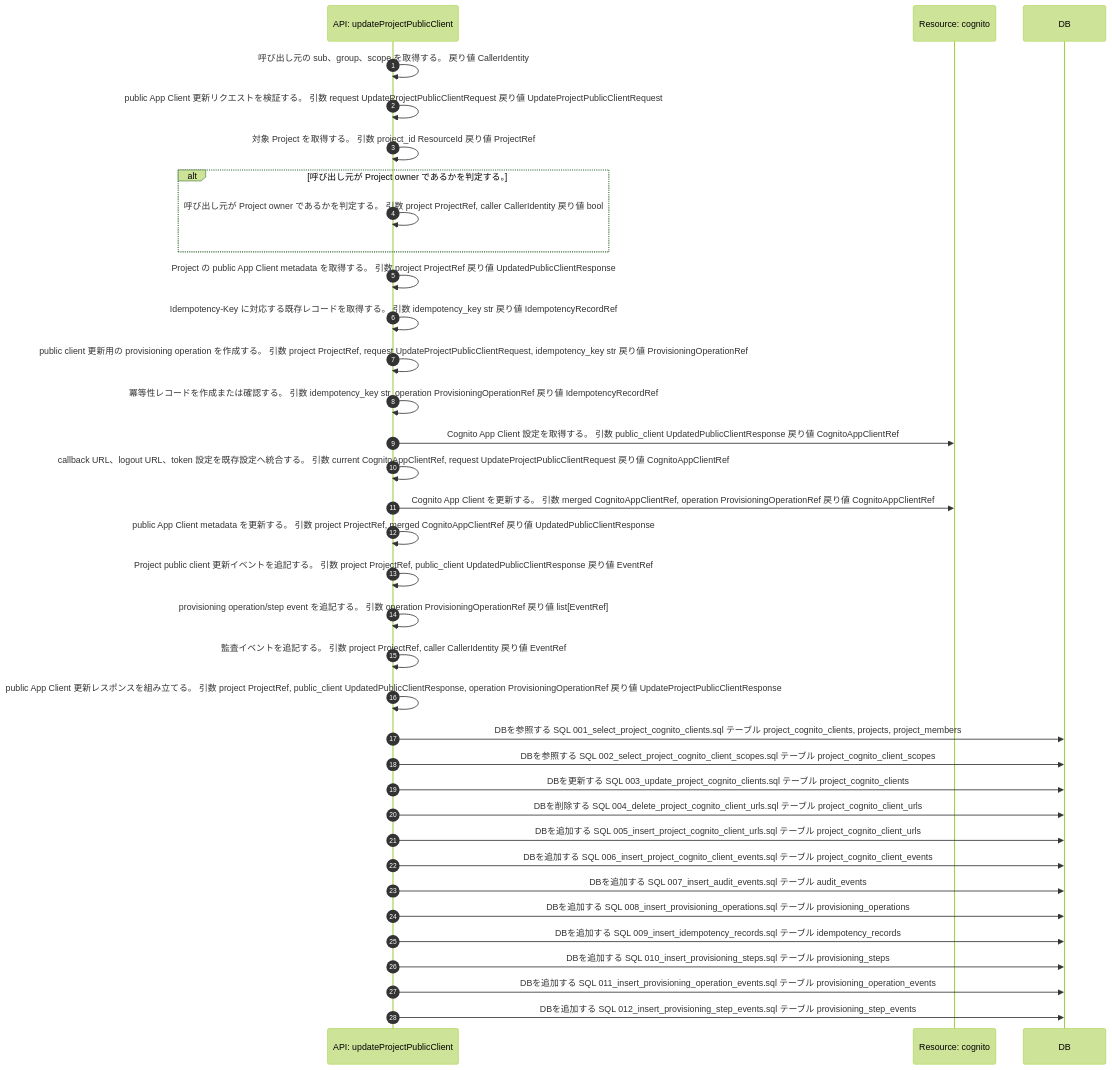
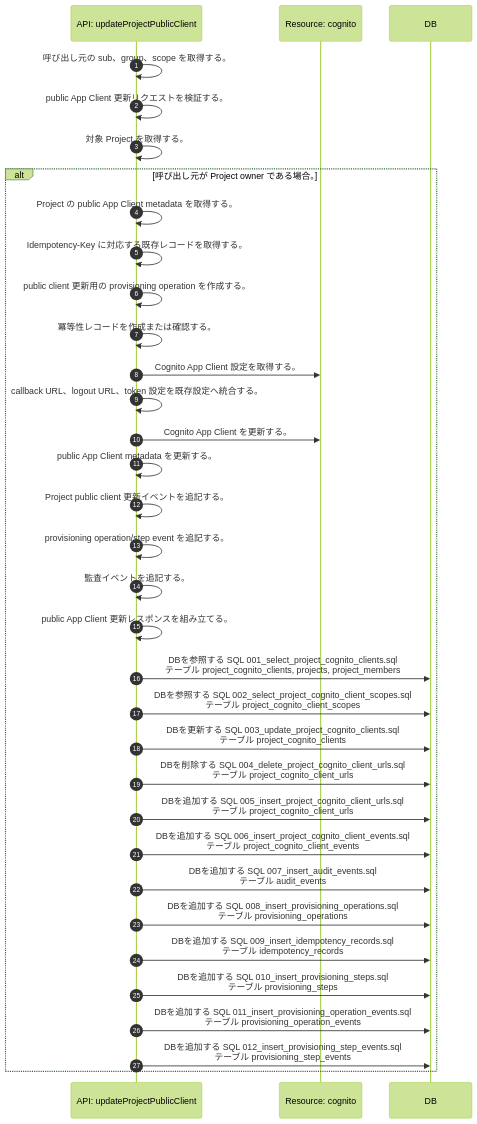
The diagram in docs/spec/40.apis/projects/update_project_public_client/sequence_gen.md (tsuji-tomonori/lazunex), drawn with Mermaid (forest theme) before and after one commit. The commit also changed 16 other files, not shown here.

First line of the commit message:
🐛 fix(api): sequence条件分岐の表示を修正

````diff
--- a/docs/spec/40.apis/projects/update_project_public_client/sequence_gen.md
+++ b/docs/spec/40.apis/projects/update_project_public_client/sequence_gen.md
@@ -5,37 +5,36 @@
 ```mermaid
 sequenceDiagram
   autonumber
   participant API as API: updateProjectPublicClient
   participant R_cognito as Resource: cognito
   participant DB as DB
-  API->>API: 呼び出し元の sub、group、scope を取得する。 戻り値 CallerIdentity
-  API->>API: public App Client 更新リクエストを検証する。 引数 request UpdateProjectPublicClientRequest 戻り値 UpdateProjectPublicClientRequest
-  API->>API: 対象 Project を取得する。 引数 project_id ResourceId 戻り値 ProjectRef
-  alt 呼び出し元が Project owner であるかを判定する。
-    API->>API: 呼び出し元が Project owner であるかを判定する。 引数 project ProjectRef, caller CallerIdentity 戻り値 bool
+  API->>API: 呼び出し元の sub、group、scope を取得する。
+  API->>API: public App Client 更新リクエストを検証する。
+  API->>API: 対象 Project を取得する。
+  alt 呼び出し元が Project owner である場合。
+    API->>API: Project の public App Client metadata を取得する。
+    API->>API: Idempotency-Key に対応する既存レコードを取得する。
+    API->>API: public client 更新用の provisioning operation を作成する。
+    API->>API: 冪等性レコードを作成または確認する。
+    API->>R_cognito: Cognito App Client 設定を取得する。
+    API->>API: callback URL、logout URL、token 設定を既存設定へ統合する。
+    API->>R_cognito: Cognito App Client を更新する。
+    API->>API: public App Client metadata を更新する。
+    API->>API: Project public client 更新イベントを追記する。
+    API->>API: provisioning operation/step event を追記する。
+    API->>API: 監査イベントを追記する。
+    API->>API: public App Client 更新レスポンスを組み立てる。
+    API->>DB: DBを参照する SQL 001_select_project_cognito_clients.sql<br/>テーブル project_cognito_clients, projects, project_members
+    API->>DB: DBを参照する SQL 002_select_project_cognito_client_scopes.sql<br/>テーブル project_cognito_client_scopes
+    API->>DB: DBを更新する SQL 003_update_project_cognito_clients.sql<br/>テーブル project_cognito_clients
+    API->>DB: DBを削除する SQL 004_delete_project_cognito_client_urls.sql<br/>テーブル project_cognito_client_urls
+    API->>DB: DBを追加する SQL 005_insert_project_cognito_client_urls.sql<br/>テーブル project_cognito_client_urls
+    API->>DB: DBを追加する SQL 006_insert_project_cognito_client_events.sql<br/>テーブル project_cognito_client_events
+    API->>DB: DBを追加する SQL 007_insert_audit_events.sql<br/>テーブル audit_events
+    API->>DB: DBを追加する SQL 008_insert_provisioning_operations.sql<br/>テーブル provisioning_operations
+    API->>DB: DBを追加する SQL 009_insert_idempotency_records.sql<br/>テーブル idempotency_records
+    API->>DB: DBを追加する SQL 010_insert_provisioning_steps.sql<br/>テーブル provisioning_steps
+    API->>DB: DBを追加する SQL 011_insert_provisioning_operation_events.sql<br/>テーブル provisioning_operation_events
+    API->>DB: DBを追加する SQL 012_insert_provisioning_step_events.sql<br/>テーブル provisioning_step_events
   end
-  API->>API: Project の public App Client metadata を取得する。 引数 project ProjectRef 戻り値 UpdatedPublicClientResponse
-  API->>API: Idempotency-Key に対応する既存レコードを取得する。 引数 idempotency_key str 戻り値 IdempotencyRecordRef
-  API->>API: public client 更新用の provisioning operation を作成する。 引数 project ProjectRef, request UpdateProjectPublicClientRequest, idempotency_key str 戻り値 ProvisioningOperationRef
-  API->>API: 冪等性レコードを作成または確認する。 引数 idempotency_key str, operation ProvisioningOperationRef 戻り値 IdempotencyRecordRef
-  API->>R_cognito: Cognito App Client 設定を取得する。 引数 public_client UpdatedPublicClientResponse 戻り値 CognitoAppClientRef
-  API->>API: callback URL、logout URL、token 設定を既存設定へ統合する。 引数 current CognitoAppClientRef, request UpdateProjectPublicClientRequest 戻り値 CognitoAppClientRef
-  API->>R_cognito: Cognito App Client を更新する。 引数 merged CognitoAppClientRef, operation ProvisioningOperationRef 戻り値 CognitoAppClientRef
-  API->>API: public App Client metadata を更新する。 引数 project ProjectRef, merged CognitoAppClientRef 戻り値 UpdatedPublicClientResponse
-  API->>API: Project public client 更新イベントを追記する。 引数 project ProjectRef, public_client UpdatedPublicClientResponse 戻り値 EventRef
-  API->>API: provisioning operation/step event を追記する。 引数 operation ProvisioningOperationRef 戻り値 list[EventRef]
-  API->>API: 監査イベントを追記する。 引数 project ProjectRef, caller CallerIdentity 戻り値 EventRef
-  API->>API: public App Client 更新レスポンスを組み立てる。 引数 project ProjectRef, public_client UpdatedPublicClientResponse, operation ProvisioningOperationRef 戻り値 UpdateProjectPublicClientResponse
-  API->>DB: DBを参照する SQL 001_select_project_cognito_clients.sql テーブル project_cognito_clients, projects, project_members
-  API->>DB: DBを参照する SQL 002_select_project_cognito_client_scopes.sql テーブル project_cognito_client_scopes
-  API->>DB: DBを更新する SQL 003_update_project_cognito_clients.sql テーブル project_cognito_clients
-  API->>DB: DBを削除する SQL 004_delete_project_cognito_client_urls.sql テーブル project_cognito_client_urls
-  API->>DB: DBを追加する SQL 005_insert_project_cognito_client_urls.sql テーブル project_cognito_client_urls
-  API->>DB: DBを追加する SQL 006_insert_project_cognito_client_events.sql テーブル project_cognito_client_events
-  API->>DB: DBを追加する SQL 007_insert_audit_events.sql テーブル audit_events
-  API->>DB: DBを追加する SQL 008_insert_provisioning_operations.sql テーブル provisioning_operations
-  API->>DB: DBを追加する SQL 009_insert_idempotency_records.sql テーブル idempotency_records
-  API->>DB: DBを追加する SQL 010_insert_provisioning_steps.sql テーブル provisioning_steps
-  API->>DB: DBを追加する SQL 011_insert_provisioning_operation_events.sql テーブル provisioning_operation_events
-  API->>DB: DBを追加する SQL 012_insert_provisioning_step_events.sql テーブル provisioning_step_events
 ```
````
